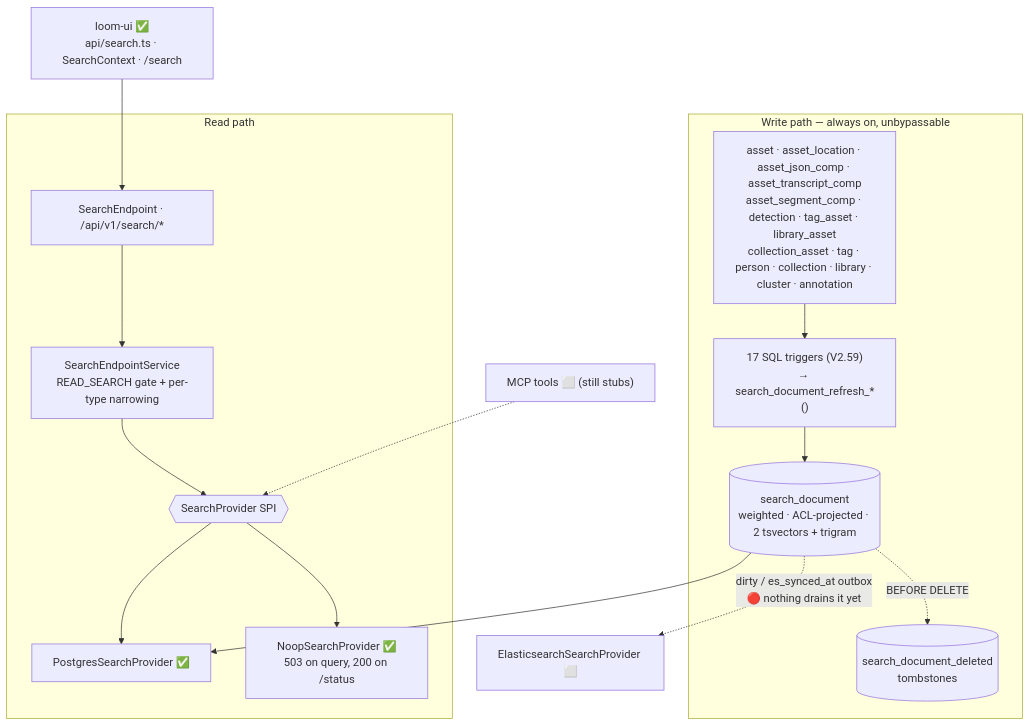
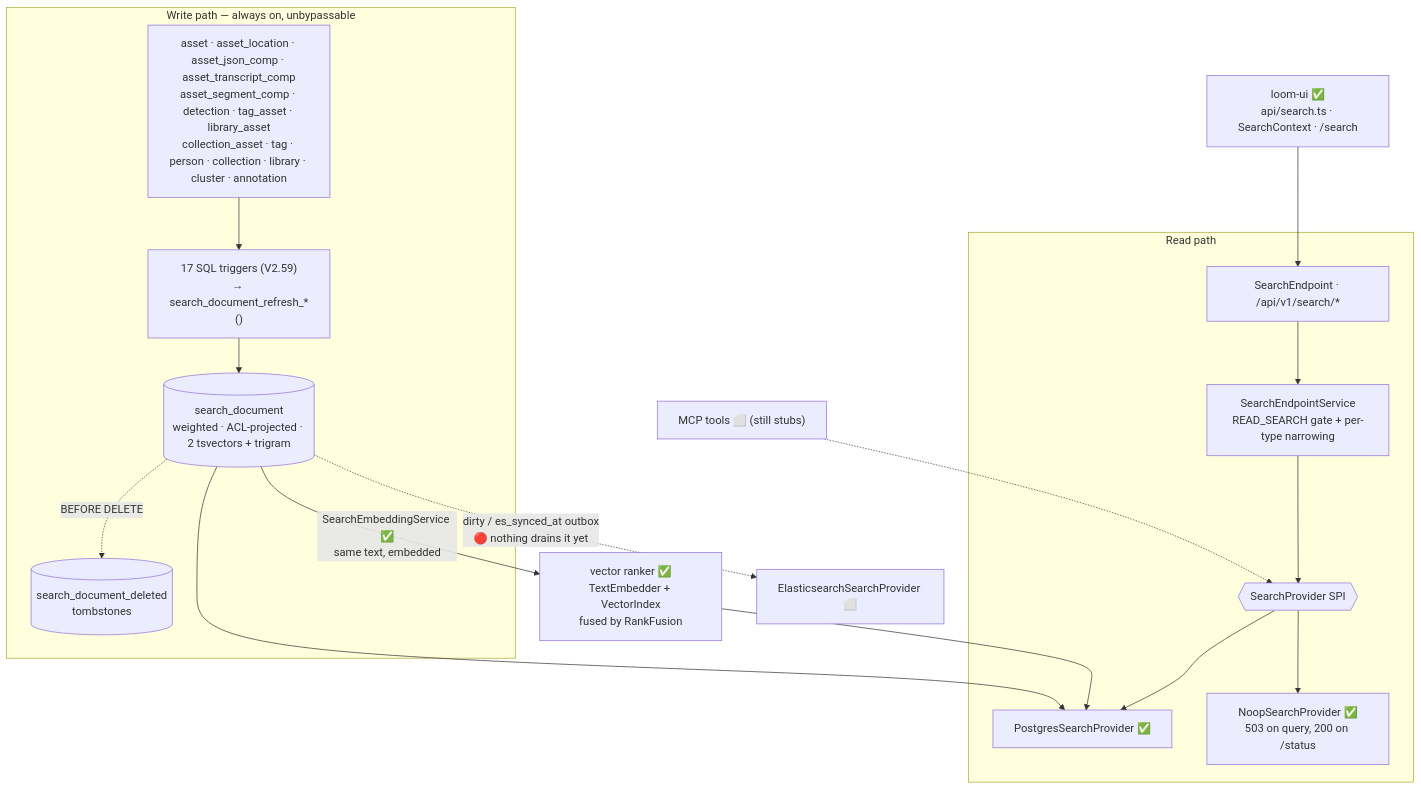
Before and after one commit to metaloom/metaloom: the diagram in spec/features/search/SEARCH.md, drawn with Mermaid. The commit also changed other lines of this file and 196 other files, not shown here.

Commit message:
Add missing screenshots, consistency/integrity check, search index admin page

````diff
--- a/spec/features/search/SEARCH.md
+++ b/spec/features/search/SEARCH.md
@@ -46,27 +47,29 @@
 ```mermaid
 graph TB
     subgraph writes["Write path — always on, unbypassable"]
         SRC["asset · asset_location · asset_json_comp · asset_transcript_comp<br/>asset_segment_comp · detection · tag_asset · library_asset<br/>collection_asset · tag · person · collection · library · cluster · annotation"]
         TRG["17 SQL triggers (V2.59)<br/>→ search_document_refresh_*()"]
         DOC[("search_document<br/>weighted · ACL-projected · 2 tsvectors + trigram")]
         TOMB[("search_document_deleted<br/>tombstones")]
         SRC --> TRG --> DOC
         DOC -.->|BEFORE DELETE| TOMB
     end
 
     subgraph read["Read path"]
         EP["SearchEndpoint · /api/v1/search/*"]
         SVC["SearchEndpointService<br/>READ_SEARCH gate + per-type narrowing"]
         SPI{{"SearchProvider SPI"}}
         PG["PostgresSearchProvider ✅"]
         NOOP["NoopSearchProvider ✅<br/>503 on query, 200 on /status"]
         EP --> SVC --> SPI
         SPI --> PG
         SPI --> NOOP
     end
 
     DOC --> PG
+    DOC -->|"SearchEmbeddingService ✅<br/>same text, embedded"| VEC["vector ranker ✅<br/>TextEmbedder + VectorIndex<br/>fused by RankFusion"]
+    VEC --> PG
     DOC -.->|"dirty / es_synced_at outbox<br/>🔴 nothing drains it yet"| ES["ElasticsearchSearchProvider ⬜"]
     UI["loom-ui ✅<br/>api/search.ts · SearchContext · /search"] --> EP
     MCP["MCP tools ⬜ (still stubs)"] -.-> SPI
 ```
````
